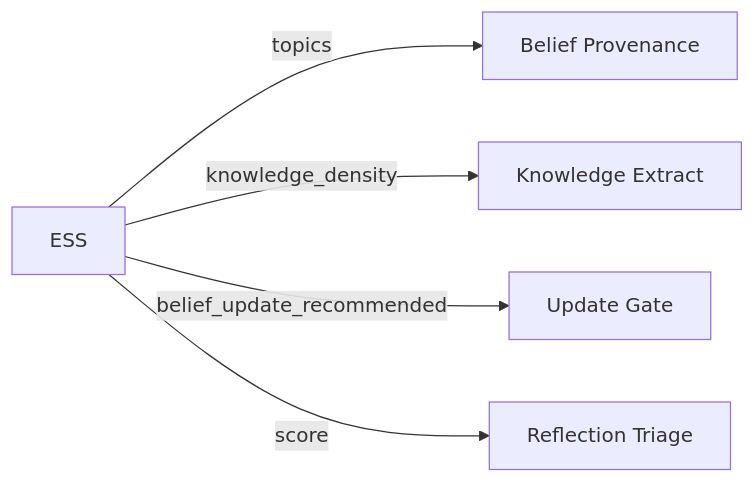
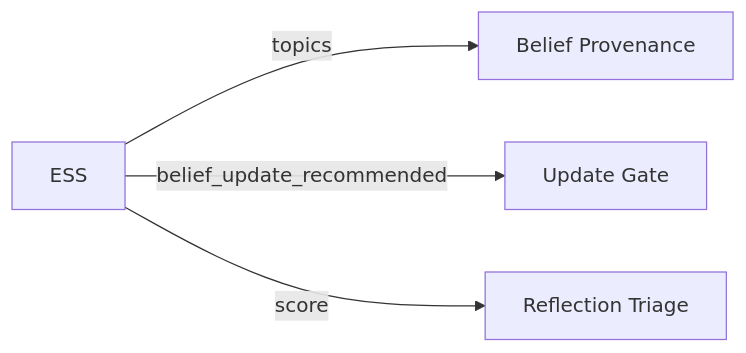
The second of 2 diagrams in docs/concepts/ess.md (Okm165/Sonality), drawn with Mermaid before and after one commit. The commit also changed other lines of this file and 15 other files, not shown here.

````diff
--- a/docs/concepts/ess.md
+++ b/docs/concepts/ess.md
@@ -59,7 +57,6 @@
 ```mermaid
 flowchart LR
     ESS --> |topics| Provenance[Belief Provenance]
-    ESS --> |knowledge_density| Extract[Knowledge Extract]
     ESS --> |belief_update_recommended| Gate[Update Gate]
     ESS --> |score| Reflect[Reflection Triage]
 ```
````
